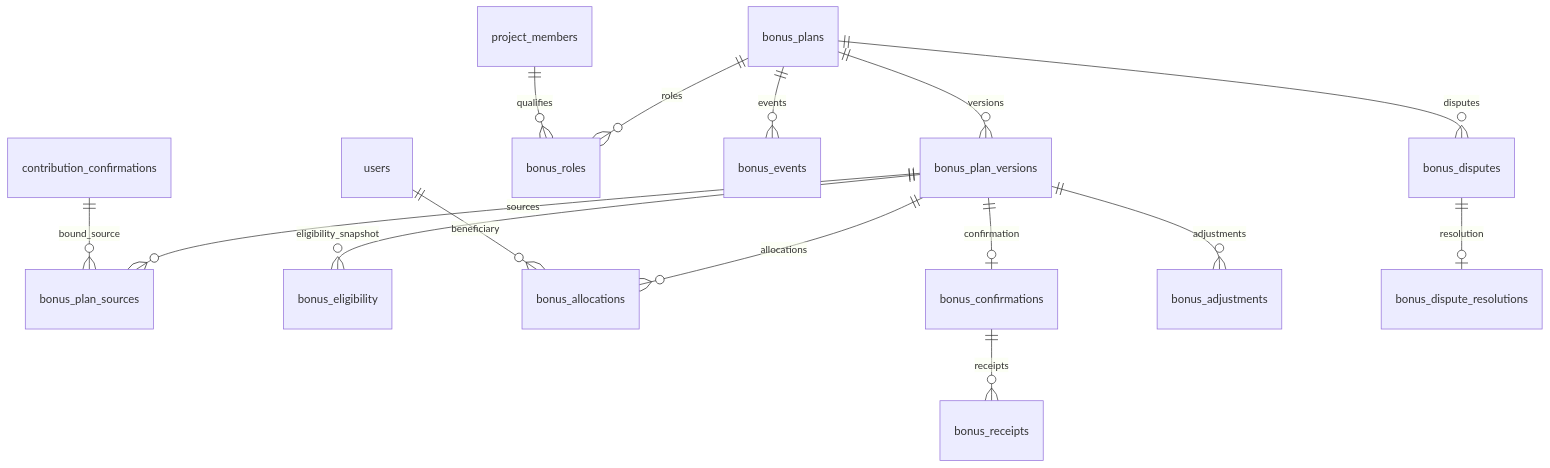
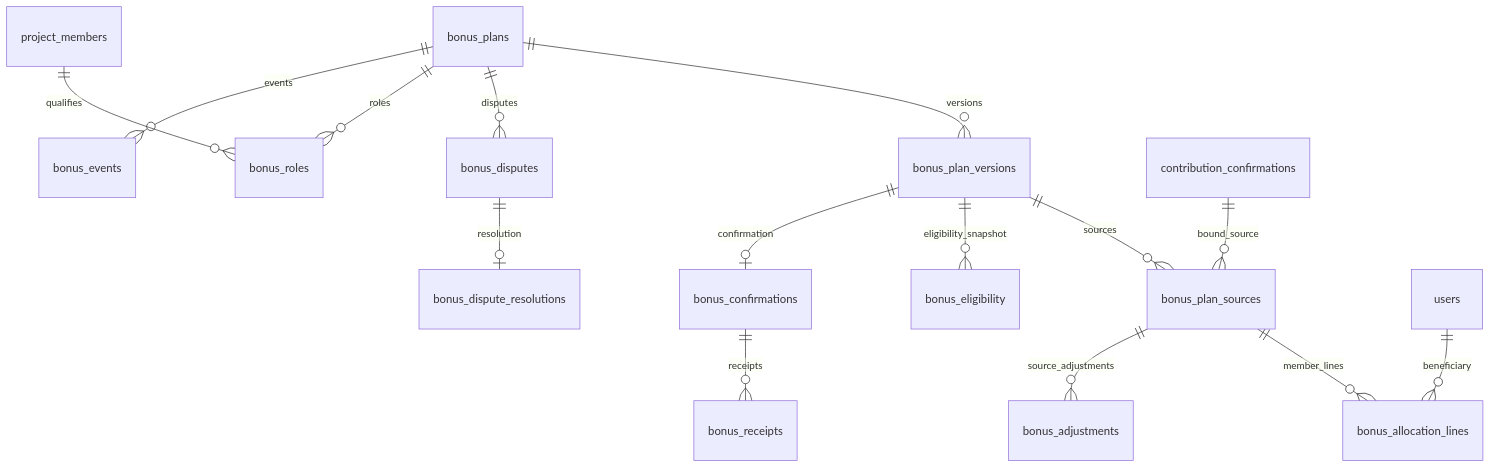
Before and after one commit to YEXIAONAN/Nexora: the diagram in docs/development/phase-06-m1-review.md, drawn with Mermaid. The commit also changed other lines of this file, not shown here.

````diff
--- a/docs/development/phase-06-m1-review.md
+++ b/docs/development/phase-06-m1-review.md
@@ -145,17 +156,17 @@
 ```mermaid
 erDiagram
   bonus_plans ||--o{ bonus_plan_versions : versions
   bonus_plan_versions ||--o{ bonus_plan_sources : sources
   bonus_plan_versions ||--o{ bonus_eligibility : eligibility_snapshot
-  bonus_plan_versions ||--o{ bonus_allocations : allocations
+  bonus_plan_sources ||--o{ bonus_allocation_lines : member_lines
   bonus_plan_versions ||--o| bonus_confirmations : confirmation
-  bonus_plan_versions ||--o{ bonus_adjustments : adjustments
+  bonus_plan_sources ||--o{ bonus_adjustments : source_adjustments
   bonus_plans ||--o{ bonus_disputes : disputes
   bonus_disputes ||--o| bonus_dispute_resolutions : resolution
   bonus_plans ||--o{ bonus_roles : roles
   bonus_plans ||--o{ bonus_events : events
   bonus_confirmations ||--o{ bonus_receipts : receipts
   contribution_confirmations ||--o{ bonus_plan_sources : bound_source
   project_members ||--o{ bonus_roles : qualifies
-  users ||--o{ bonus_allocations : beneficiary
+  users ||--o{ bonus_allocation_lines : beneficiary
 ```
````
